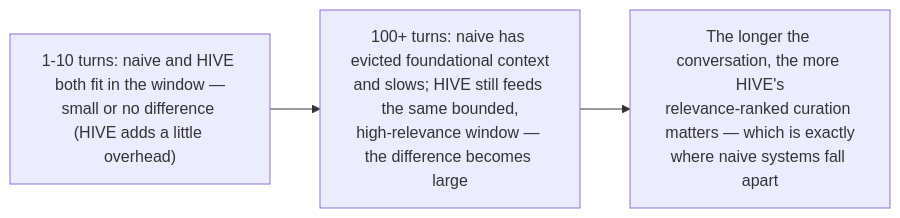
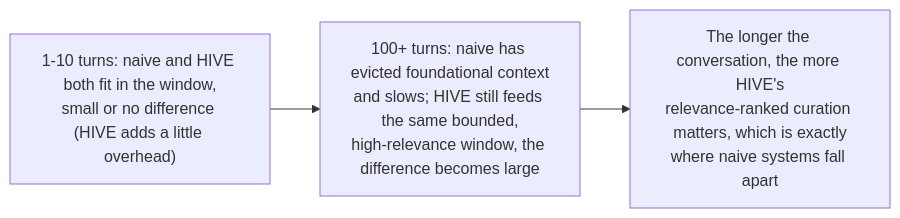
One commit to sky-is-green/hive-memory changed the sixth of 11 diagrams in HIVE-DIAGRAMS.md. Above: the diagram before and after it, drawn with Mermaid. The commit also changed other lines of this file and 3 other files, not shown here.

````diff
--- a/HIVE-DIAGRAMS.md
+++ b/HIVE-DIAGRAMS.md
@@ -141,7 +140,7 @@
 ```mermaid
 flowchart LR
-    L1["1-10 turns: naive and HIVE both fit in the window —<br/>small or no difference (HIVE adds a little overhead)"]
-    L10["100+ turns: naive has evicted foundational context<br/>and slows; HIVE still feeds the same bounded,<br/>high-relevance window — the difference becomes large"]
+    L1["1-10 turns: naive and HIVE both fit in the window,<br/>small or no difference (HIVE adds a little overhead)"]
+    L10["100+ turns: naive has evicted foundational context<br/>and slows; HIVE still feeds the same bounded,<br/>high-relevance window, the difference becomes large"]
     L1 --> L10
-    L10 --> E["The longer the conversation, the more HIVE's<br/>relevance-ranked curation matters — which is exactly<br/>where naive systems fall apart"]
+    L10 --> E["The longer the conversation, the more HIVE's<br/>relevance-ranked curation matters, which is exactly<br/>where naive systems fall apart"]
 ```
````
